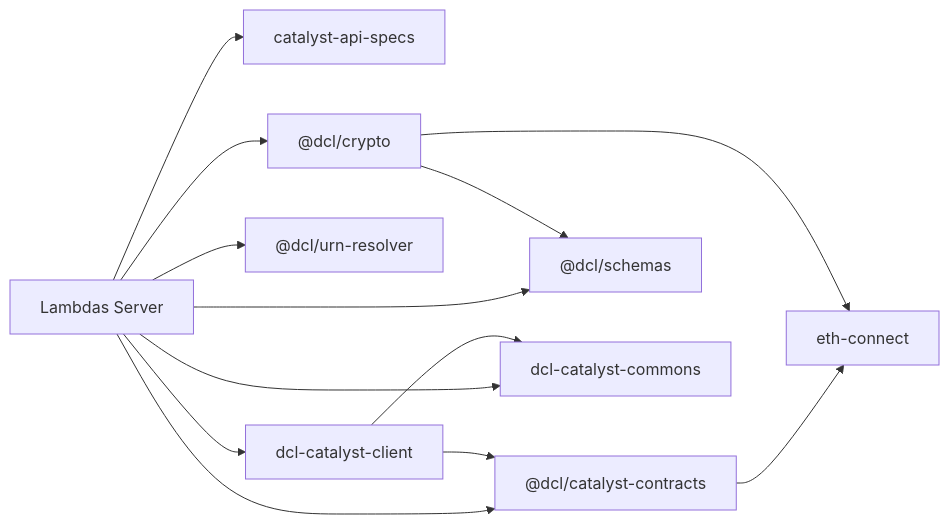
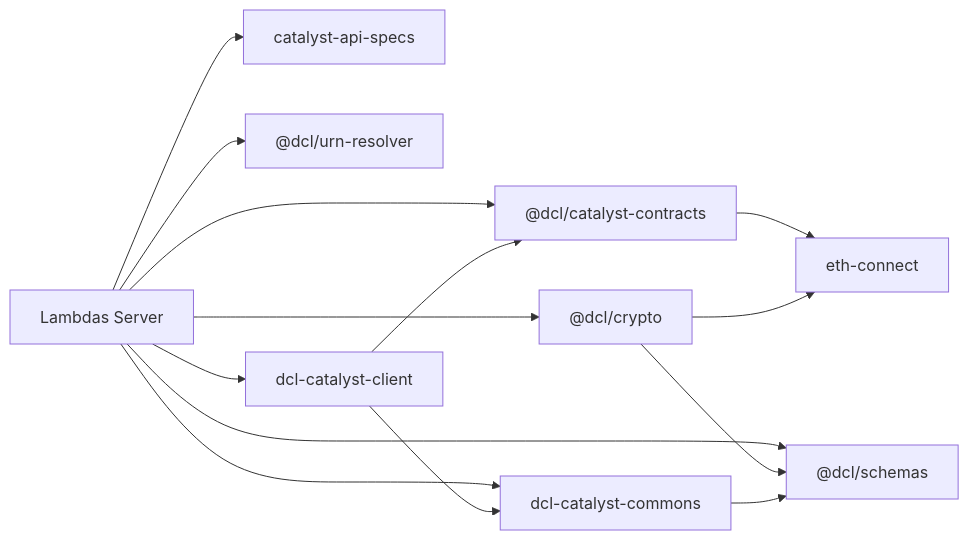
Before and after one commit to decentraland/catalyst: the second of 2 diagrams in docs/dependencies.md, drawn with Mermaid. The commit also changed other lines of this file, not shown here.

Commit message:
chore: update dependency docs (#1498)

````diff
--- a/docs/dependencies.md
+++ b/docs/dependencies.md
@@ -43,25 +45,27 @@
 ```mermaid
 graph LR
 
 lambdasserver["Lambdas Server"] --> catalystapispecs["catalyst-api-specs"]
 lambdasserver --> catalystcontracts["@dcl/catalyst-contracts"]
 lambdasserver --> crypto["@dcl/crypto"]
 lambdasserver --> schemas["@dcl/schemas"]
 lambdasserver --> urnresolver["@dcl/urn-resolver"]
 lambdasserver --> catalystclient["dcl-catalyst-client"]
 lambdasserver --> catalystcommons["dcl-catalyst-commons"]
 catalystclient --> catalystcommons
 catalystclient --> catalystcontracts
 catalystcontracts --> ethconnect["eth-connect"]
 crypto --> schemas
 crypto --> ethconnect
+catalystcommons --> schemas["@dcl/schemas"]
 
 click catalystapispecs href "https://github.com/decentraland/catalyst-api-specs" _blank
 click catalystclient href "https://github.com/decentraland/catalyst-client" _blank
 click catalystcommons href "https://github.com/decentraland/catalyst-commons" _blank
 click catalystcontracts href "https://github.com/decentraland/catalyst-contracts" _blank
 click crypto href "https://github.com/decentraland/decentraland-crypto" _blank
 click ethconnect href "https://github.com/decentraland/eth-connect" _blank
 click schemas href "https://github.com/decentraland/common-schemas" _blank
 click urnresolver href "https://github.com/decentraland/urn-resolver" _blank
+click catalystcommons href "https://github.com/decentraland/catalyst-commons" _blank
 ```
````
